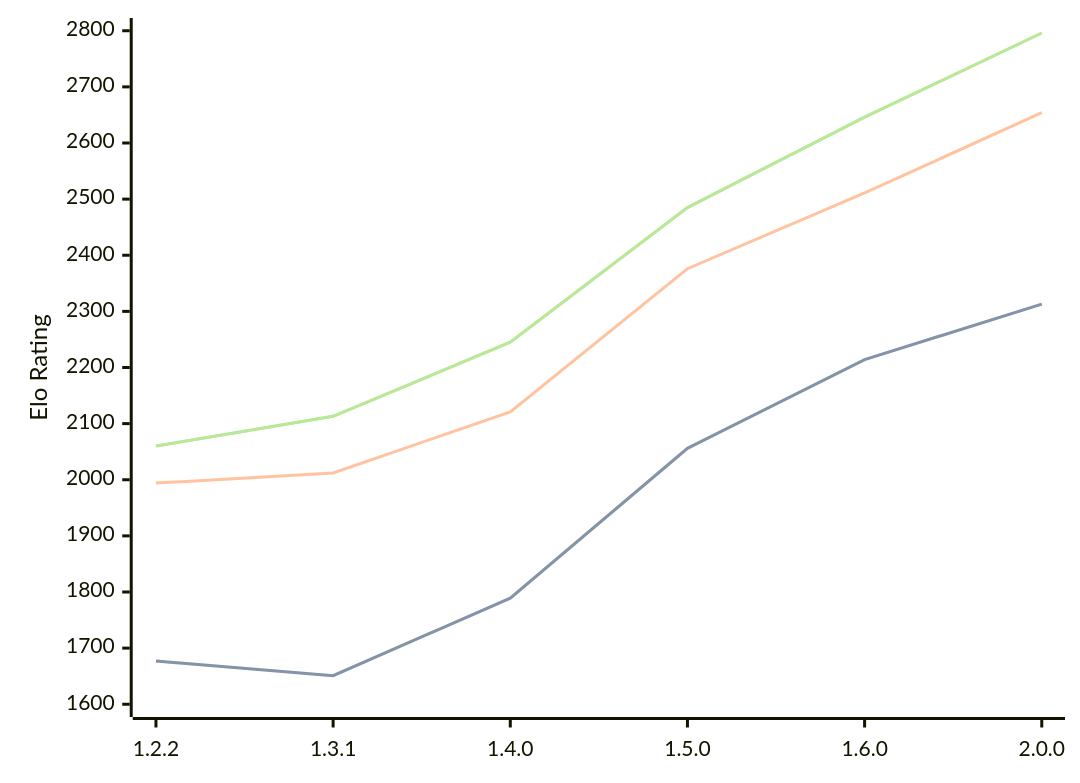
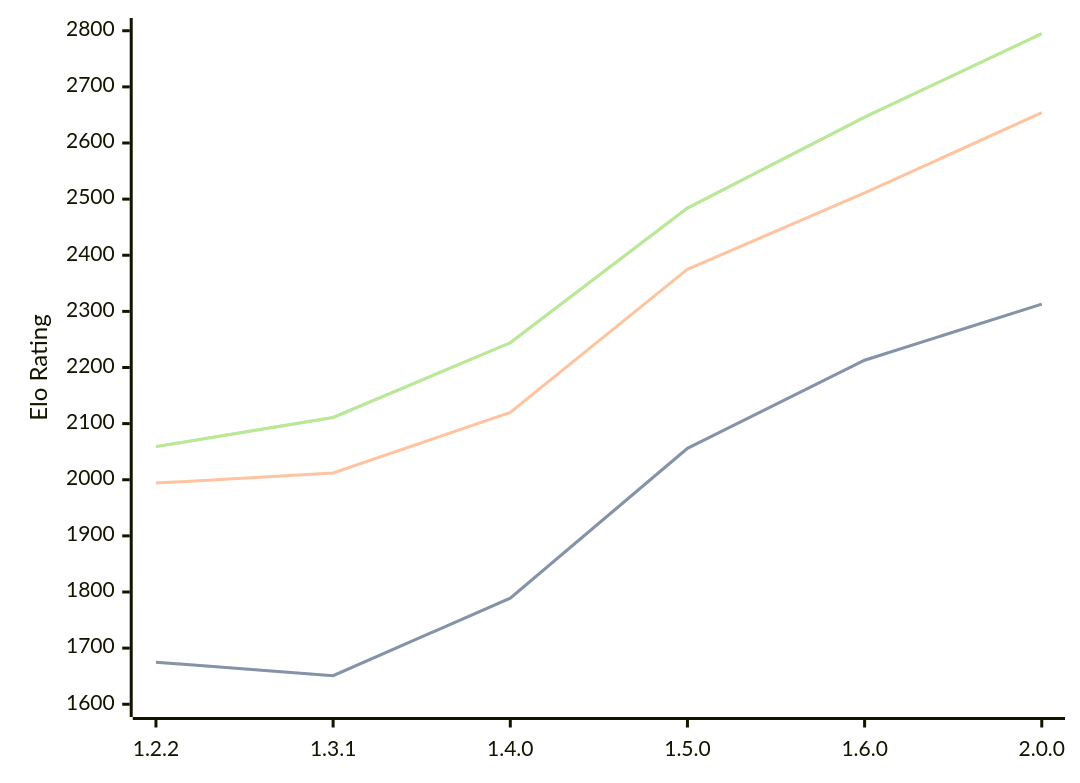
The diagram in engines/SoloEngine.md (computer-chess-index/cci), drawn with Mermaid before and after one commit. The commit also changed other lines of this file, not shown here.

Commit message:
Update CCI Ratings (ELO VLTC) - 2026-04-28

````diff
--- a/engines/SoloEngine.md
+++ b/engines/SoloEngine.md
@@ -37,11 +37,11 @@
 ```mermaid
 %%{init: {"theme":"base","themeVariables":{"seriesColors:['#a3a3a3','#222221','#faa371']}}}%%
 xychart-beta
   x-axis ["1.2.2", "1.3.1", "1.4.0", "1.5.0", "1.6.0", "2.0.0"]
   y-axis "Elo Rating" 1600 --> 2800
-  line "STC (8.0+0.08s)" [1677, 1651, 1789, 2056, 2214, 2313]
-  line "STC (8.0+0.08s)" [1677, 1651, 1789, 2056, 2214, 2313]
-  line "LTC (60.0+0.60s)" [1994, 2012, 2121, 2376, 2511, 2654]
-  line "VLTC (2m24s+1.12s)" [2060, 2113, 2245, 2485, 2646, 2796]
-  line "VLTC (2m24s+1.12s)" [2060, 2113, 2245, 2485, 2646, 2796]
+  line "STC (8.0+0.08s)" [1675, 1651, 1789, 2056, 2213, 2313]
+  line "STC (8.0+0.08s)" [1675, 1651, 1789, 2056, 2213, 2313]
+  line "LTC (60.0+0.60s)" [1994, 2012, 2120, 2375, 2511, 2654]
+  line "VLTC (2m24s+1.12s)" [2059, 2111, 2244, 2484, 2646, 2795]
+  line "VLTC (2m24s+1.12s)" [2059, 2111, 2244, 2484, 2646, 2795]
 ```
````
